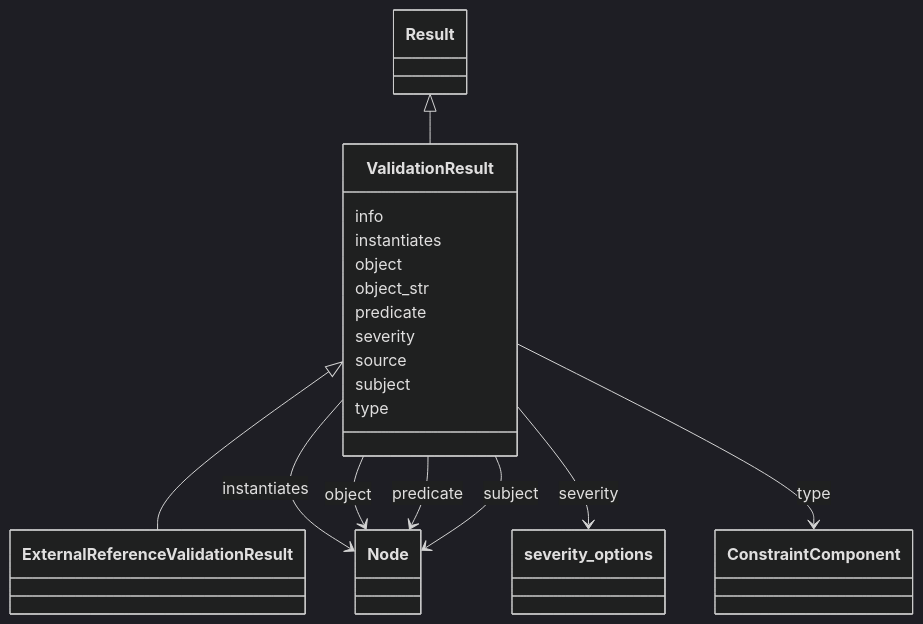
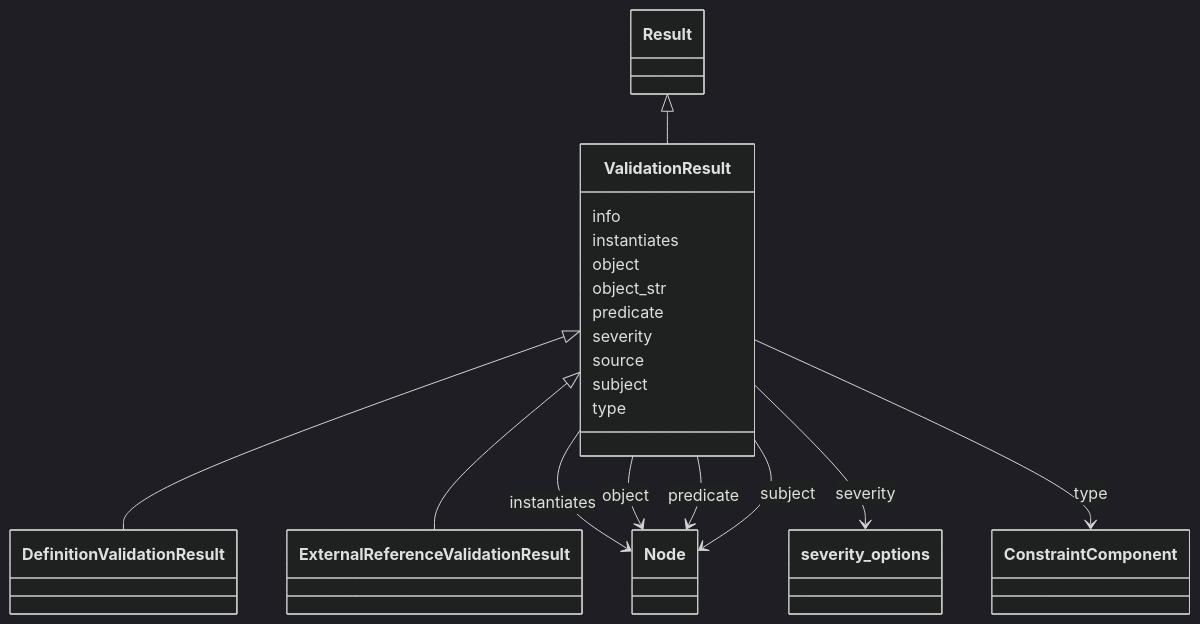
One commit to INCATools/ontology-access-kit changed the diagram in validation/ValidationResult.md. Above: the diagram before and after it, drawn with Mermaid (dark theme). The commit also changed other lines of this file and 1855 other files, not shown here.

````diff
--- a/validation/ValidationResult.md
+++ b/validation/ValidationResult.md
@@ -15,41 +17,42 @@
 ```{mermaid}
  classDiagram
     class ValidationResult
       Result <|-- ValidationResult
       
 
+      ValidationResult <|-- DefinitionValidationResult
       ValidationResult <|-- ExternalReferenceValidationResult
       
       
       ValidationResult : info
         
       ValidationResult : instantiates
         
           ValidationResult --> Node : instantiates
         
       ValidationResult : object
         
           ValidationResult --> Node : object
         
       ValidationResult : object_str
         
       ValidationResult : predicate
         
           ValidationResult --> Node : predicate
         
       ValidationResult : severity
         
           ValidationResult --> severity_options : severity
         
       ValidationResult : source
         
       ValidationResult : subject
         
           ValidationResult --> Node : subject
         
       ValidationResult : type
         
           ValidationResult --> ConstraintComponent : type
         
       
 ```
````
